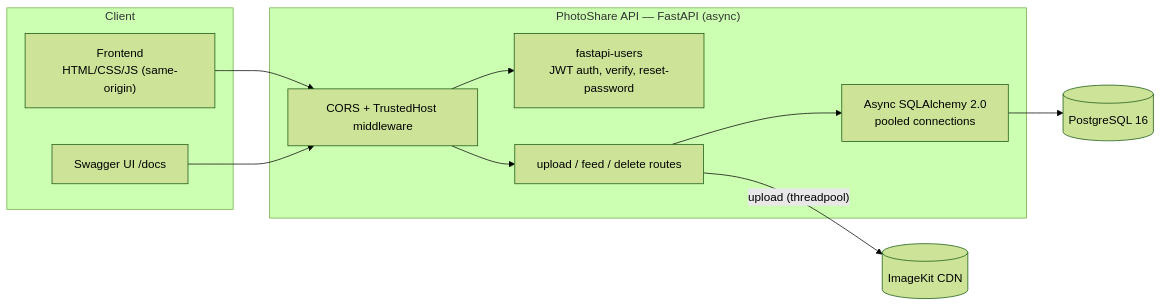
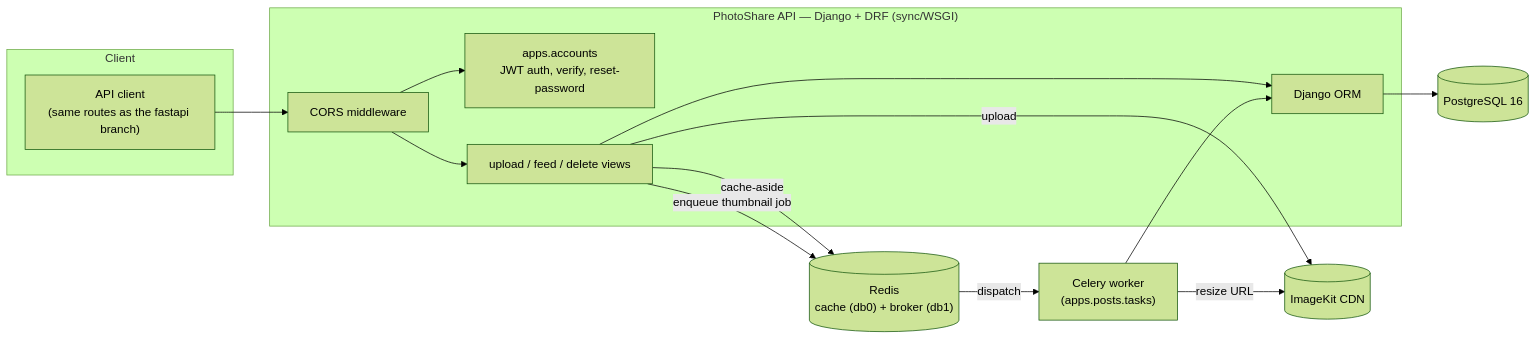
One commit to tharunsridhar/photoshare-api changed the diagram in README.md. Above: the diagram before and after it, drawn with Mermaid (forest theme). The commit also changed other lines of this file and 69 other files, not shown here.

````diff
--- a/README.md
+++ b/README.md
@@ -33,25 +18,29 @@
 ```mermaid
 flowchart LR
     subgraph Client
-        FE["Frontend<br/>HTML/CSS/JS (same-origin)"]
-        SW["Swagger UI /docs"]
+        C["API client<br/>(same routes as the fastapi branch)"]
     end
 
-    subgraph API["PhotoShare API — FastAPI (async)"]
-        MW["CORS + TrustedHost middleware"]
-        AUTH["fastapi-users<br/>JWT auth, verify, reset-password"]
-        R["upload / feed / delete routes"]
-        ORM["Async SQLAlchemy 2.0<br/>pooled connections"]
+    subgraph API["PhotoShare API — Django + DRF (sync/WSGI)"]
+        MW["CORS middleware"]
+        AUTH["apps.accounts<br/>JWT auth, verify, reset-password"]
+        R["upload / feed / delete views"]
+        ORM["Django ORM"]
     end
 
+    W["Celery worker<br/>(apps.posts.tasks)"]
+
     PG[("PostgreSQL 16")]
+    RD[("Redis<br/>cache (db0) + broker (db1)")]
     IK[("ImageKit CDN")]
 
-    FE --> MW
-    SW --> MW
-    MW --> AUTH
+    C --> MW --> AUTH
     MW --> R
-    R -- "upload (threadpool)" --> IK
-    R --> ORM
-    ORM --> PG
+    R -- "upload" --> IK
+    R -- "cache-aside" --> RD
+    R --> ORM --> PG
+    R -- "enqueue thumbnail job" --> RD
+    RD -- "dispatch" --> W
+    W --> ORM
+    W -- "resize URL" --> IK
 ```
````
